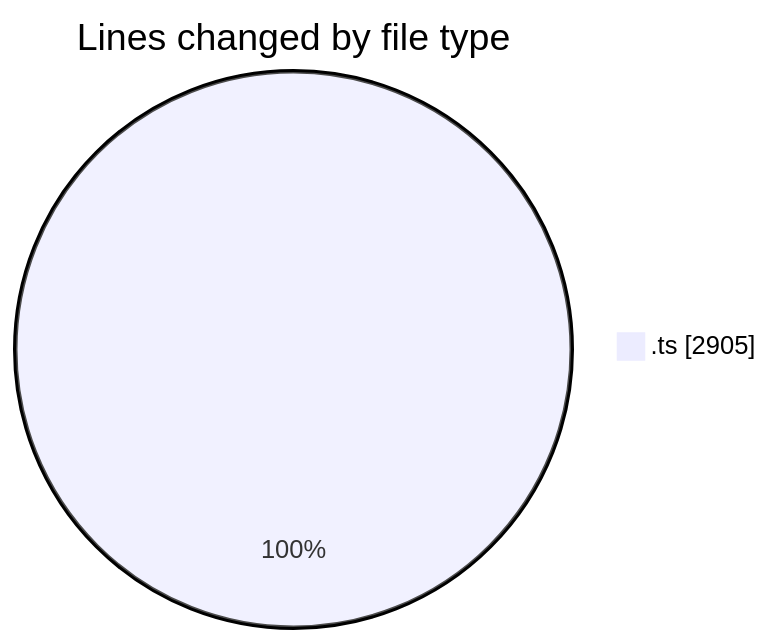
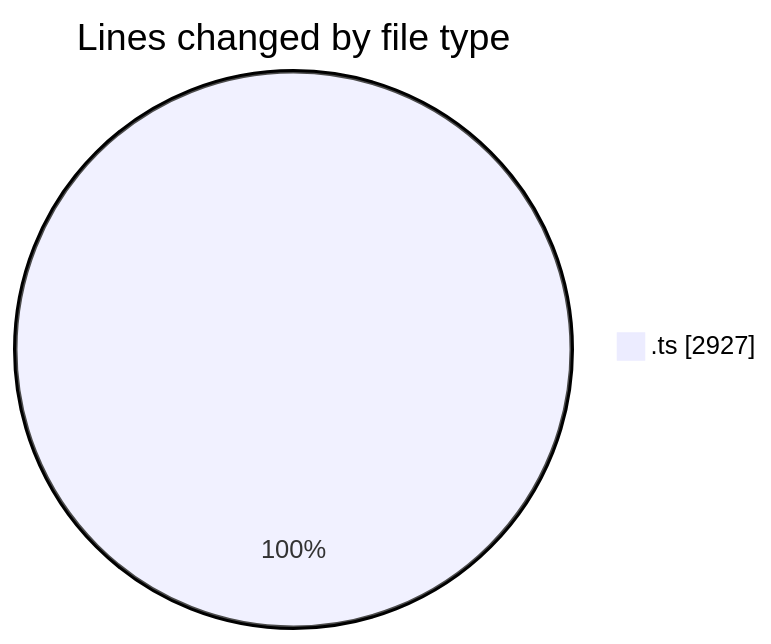
The first of 2 diagrams in 2025-06-24/cda/README.md (momahboobian/code-tracking), drawn with Mermaid before and after one commit. The commit also changed other lines of this file and 1 other file, not shown here.

````diff
--- a/2025-06-24/cda/README.md
+++ b/2025-06-24/cda/README.md
@@ -24,5 +24,5 @@
 ```mermaid
 pie showData
 title Lines changed by file type
-".ts" : 2905
+".ts" : 2927
 ```
````
